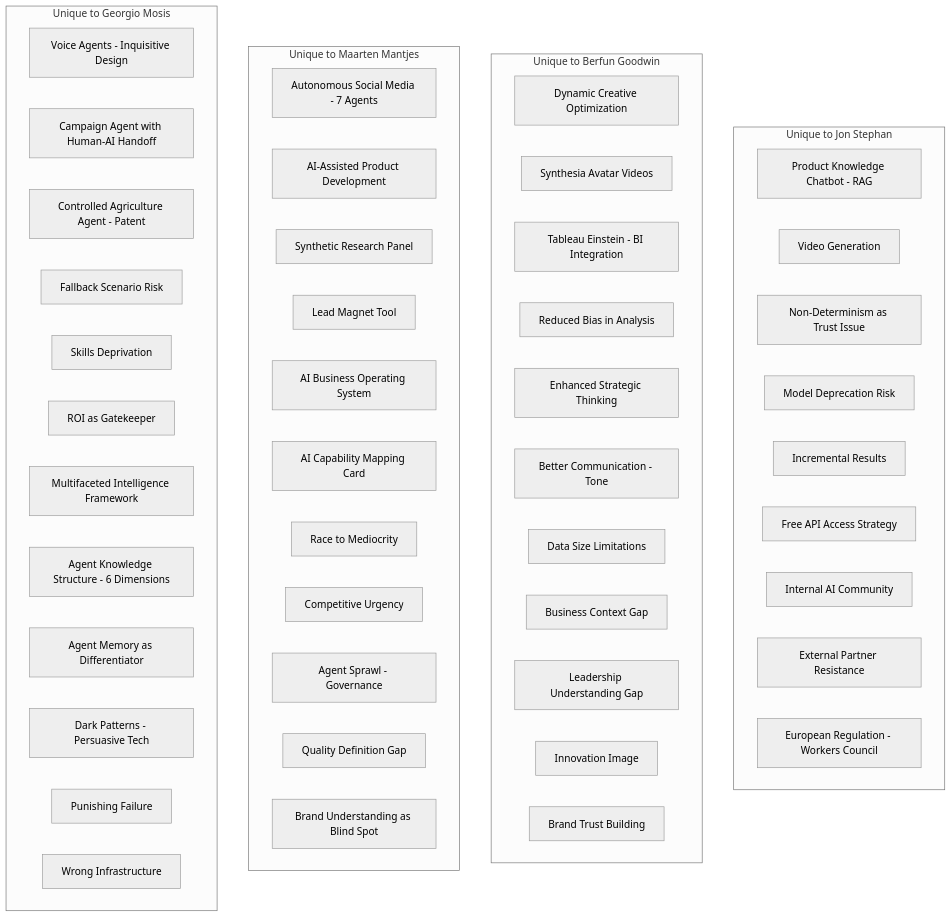
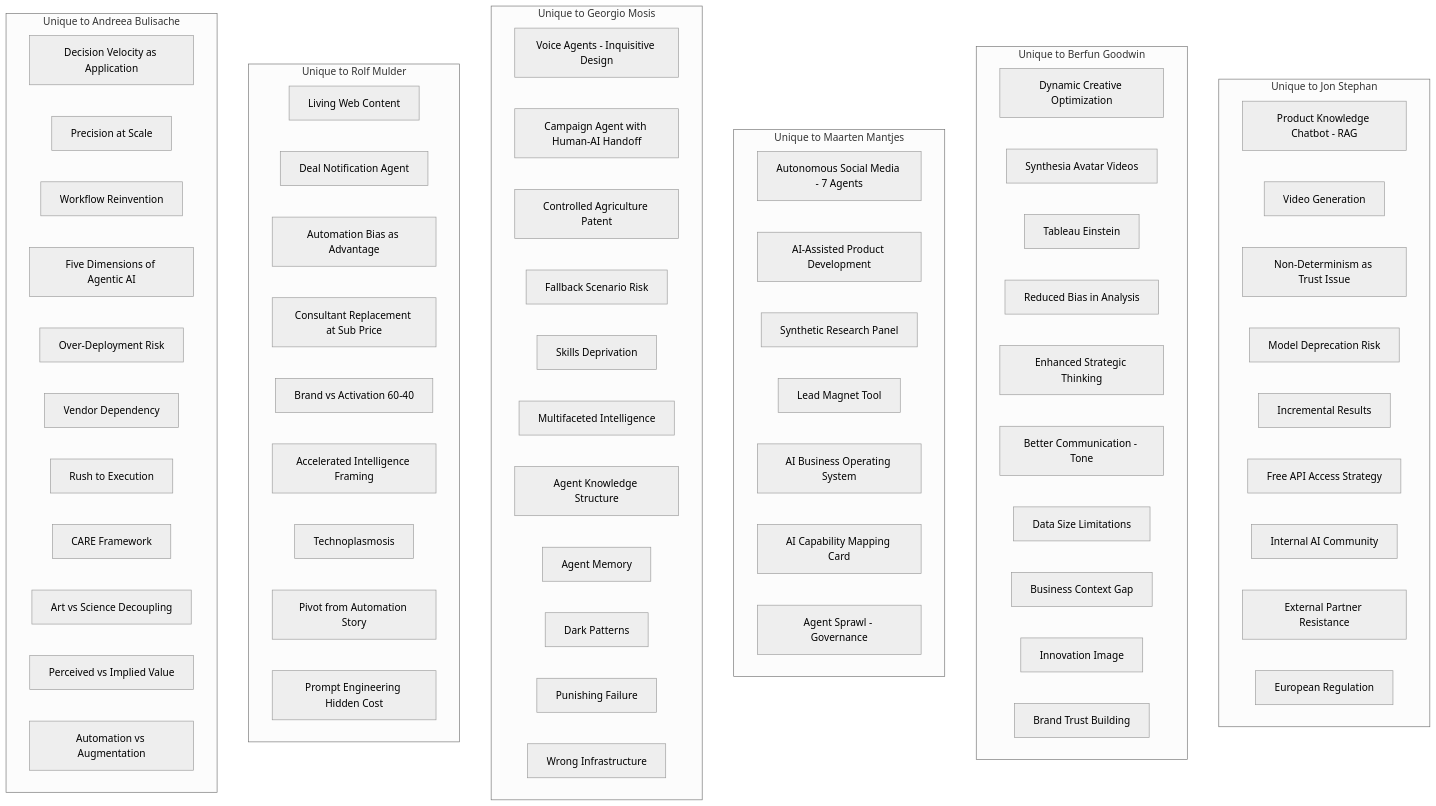
The second of 4 diagrams in transcript-codes/Cross-Case Code Alignment.md (Luttik/thesis), drawn with Mermaid (neutral theme) before and after one commit. The commit also changed other lines of this file and 18 other files, not shown here.

````diff
--- a/transcript-codes/Cross-Case Code Alignment.md
+++ b/transcript-codes/Cross-Case Code Alignment.md
@@ -90,57 +108,77 @@
 ```mermaid
 graph TB
     subgraph uniqueJS [Unique to Jon Stephan]
         JS1["Product Knowledge Chatbot - RAG"]
         JS2["Video Generation"]
         JS4["Non-Determinism as Trust Issue"]
         JS5["Model Deprecation Risk"]
         JS6["Incremental Results"]
         JS7["Free API Access Strategy"]
         JS8["Internal AI Community"]
         JS9["External Partner Resistance"]
-        JS10["European Regulation - Workers Council"]
+        JS10["European Regulation"]
     end
 
     subgraph uniqueBG [Unique to Berfun Goodwin]
         BG1["Dynamic Creative Optimization"]
         BG2["Synthesia Avatar Videos"]
-        BG5["Tableau Einstein - BI Integration"]
+        BG5["Tableau Einstein"]
         BG6["Reduced Bias in Analysis"]
         BG7["Enhanced Strategic Thinking"]
         BG8["Better Communication - Tone"]
         BG10["Data Size Limitations"]
         BG11["Business Context Gap"]
-        BG12["Leadership Understanding Gap"]
         BG13["Innovation Image"]
         BG14["Brand Trust Building"]
     end
 
     subgraph uniqueMM [Unique to Maarten Mantjes]
         MM1["Autonomous Social Media - 7 Agents"]
         MM2["AI-Assisted Product Development"]
         MM3["Synthetic Research Panel"]
         MM4["Lead Magnet Tool"]
         MM5["AI Business Operating System"]
         MM6["AI Capability Mapping Card"]
-        MM7["Race to Mediocrity"]
-        MM8["Competitive Urgency"]
         MM9["Agent Sprawl - Governance"]
-        MM13["Quality Definition Gap"]
-        MM14["Brand Understanding as Blind Spot"]
     end
 
     subgraph uniqueGM [Unique to Georgio Mosis]
         GM1["Voice Agents - Inquisitive Design"]
         GM2["Campaign Agent with Human-AI Handoff"]
-        GM3["Controlled Agriculture Agent - Patent"]
+        GM3["Controlled Agriculture Patent"]
         GM4["Fallback Scenario Risk"]
         GM5["Skills Deprivation"]
-        GM6["ROI as Gatekeeper"]
-        GM7["Multifaceted Intelligence Framework"]
-        GM8["Agent Knowledge Structure - 6 Dimensions"]
-        GM9["Agent Memory as Differentiator"]
-        GM10["Dark Patterns - Persuasive Tech"]
+        GM7["Multifaceted Intelligence"]
+        GM8["Agent Knowledge Structure"]
+        GM9["Agent Memory"]
+        GM10["Dark Patterns"]
         GM11["Punishing Failure"]
         GM12["Wrong Infrastructure"]
     end
+
+    subgraph uniqueRM [Unique to Rolf Mulder]
+        RM1["Living Web Content"]
+        RM2["Deal Notification Agent"]
+        RM4["Automation Bias as Advantage"]
+        RM5["Consultant Replacement at Sub Price"]
+        RM7["Brand vs Activation 60-40"]
+        RM9["Accelerated Intelligence Framing"]
+        RM10["Technoplasmosis"]
+        RM11["Pivot from Automation Story"]
+        RM12["Prompt Engineering Hidden Cost"]
+    end
+
+    subgraph uniqueAB [Unique to Andreea Bulisache]
+        AB1["Decision Velocity as Application"]
+        AB2["Precision at Scale"]
+        AB3["Workflow Reinvention"]
+        AB4["Five Dimensions of Agentic AI"]
+        AB5["Over-Deployment Risk"]
+        AB6["Vendor Dependency"]
+        AB7["Rush to Execution"]
+        AB8["CARE Framework"]
+        AB9["Art vs Science Decoupling"]
+        AB10["Perceived vs Implied Value"]
+        AB11["Automation vs Augmentation"]
+    end
 ```
````
